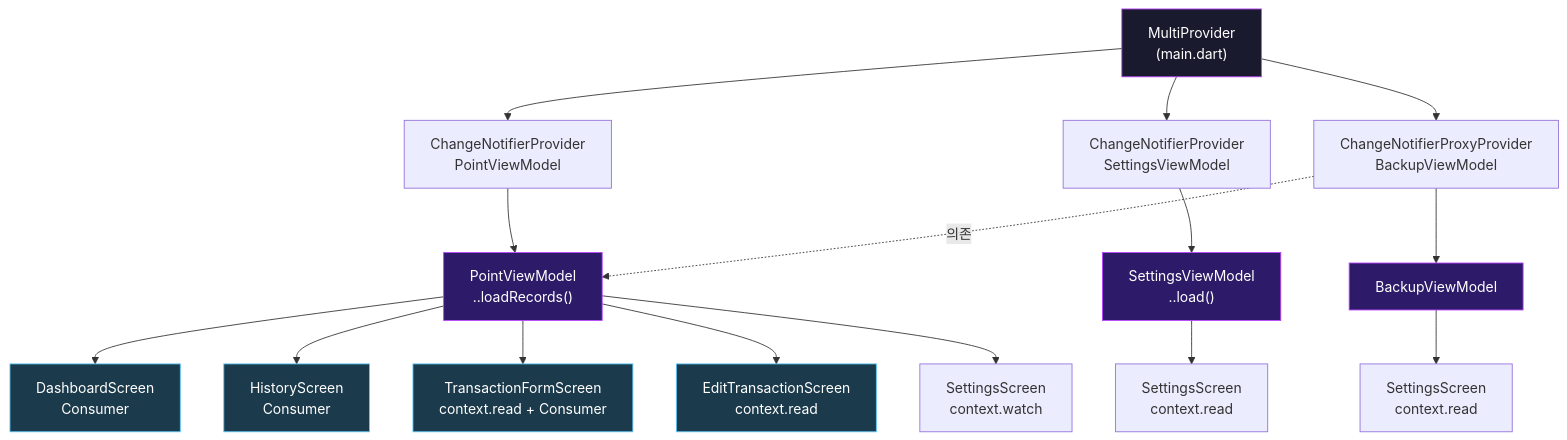
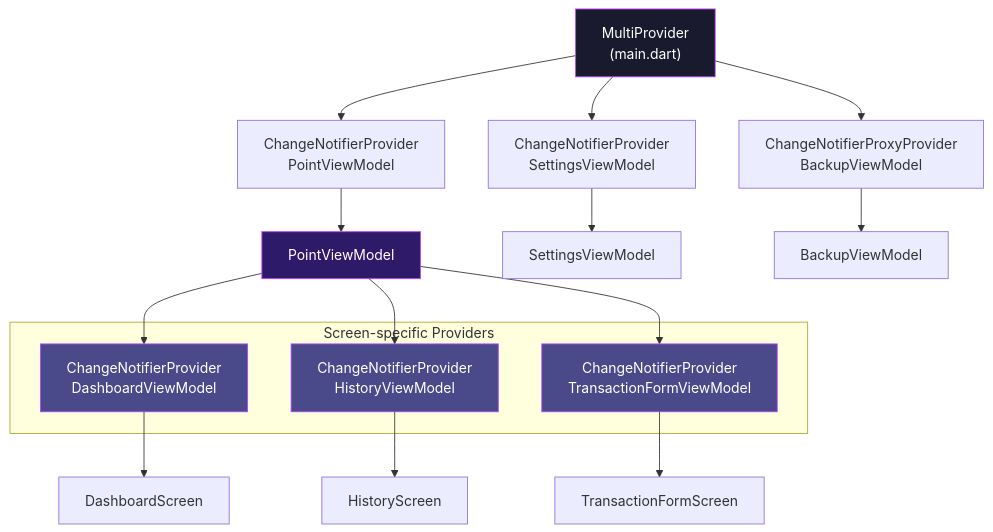
Before and after one commit to goodsw4all/wawapoint_flutter: diagram 13 of 18 in docs/ARCHITECTURE.md, drawn with Mermaid. The commit also changed other lines of this file and 8 other files, not shown here.

Commit message:
feat: Introduce dedicated view models and a point repository to enhance application architecture and state management.

````diff
--- a/docs/ARCHITECTURE.md
+++ b/docs/ARCHITECTURE.md
@@ -935,31 +909,32 @@
 ```mermaid
 graph TD
     MP["MultiProvider<br/>(main.dart)"]
     
     MP --> PVM_P["ChangeNotifierProvider<br/>PointViewModel"]
     MP --> SVM_P["ChangeNotifierProvider<br/>SettingsViewModel"]
     MP --> BVM_P["ChangeNotifierProxyProvider<br/>BackupViewModel"]
 
-    PVM_P --> PVM["PointViewModel<br/>..loadRecords()"]
-    SVM_P --> SVM["SettingsViewModel<br/>..load()"]
+    PVM_P --> PVM["PointViewModel"]
+    SVM_P --> SVM["SettingsViewModel"]
     BVM_P --> BVM["BackupViewModel"]
-    BVM_P -.->|"의존"| PVM
 
-    PVM --> DS["DashboardScreen<br/>Consumer"]
-    PVM --> HS["HistoryScreen<br/>Consumer"]
-    PVM --> TFS["TransactionFormScreen<br/>context.read + Consumer"]
-    PVM --> ETS["EditTransactionScreen<br/>context.read"]
-    PVM --> SS_P["SettingsScreen<br/>context.watch"]
+    subgraph "Screen-specific Providers"
+        DS_P["ChangeNotifierProvider<br/>DashboardViewModel"]
+        HS_P["ChangeNotifierProvider<br/>HistoryViewModel"]
+        TF_P["ChangeNotifierProvider<br/>TransactionFormViewModel"]
+    end
 
-    BVM --> SS_B["SettingsScreen<br/>context.read"]
-    SVM --> SS_S["SettingsScreen<br/>context.read"]
+    PVM --> DS_P
+    PVM --> HS_P
+    PVM --> TF_P
+
+    DS_P --> DS[DashboardScreen]
+    HS_P --> HS[HistoryScreen]
+    TF_P --> TF[TransactionFormScreen]
 
     style MP fill:#1a1a2e,stroke:#BB44FF,color:#fff
     style PVM fill:#2d1b69,stroke:#BB44FF,color:#fff
-    style BVM fill:#2d1b69,stroke:#BB44FF,color:#fff
-    style SVM fill:#2d1b69,stroke:#BB44FF,color:#fff
-    style DS fill:#1b3a4b,stroke:#5AC8FA,color:#fff
-    style HS fill:#1b3a4b,stroke:#5AC8FA,color:#fff
-    style TFS fill:#1b3a4b,stroke:#5AC8FA,color:#fff
-    style ETS fill:#1b3a4b,stroke:#5AC8FA,color:#fff
+    style DS_P fill:#4a4a8a,stroke:#BB44FF,color:#fff
+    style HS_P fill:#4a4a8a,stroke:#BB44FF,color:#fff
+    style TF_P fill:#4a4a8a,stroke:#BB44FF,color:#fff
 ```
````
